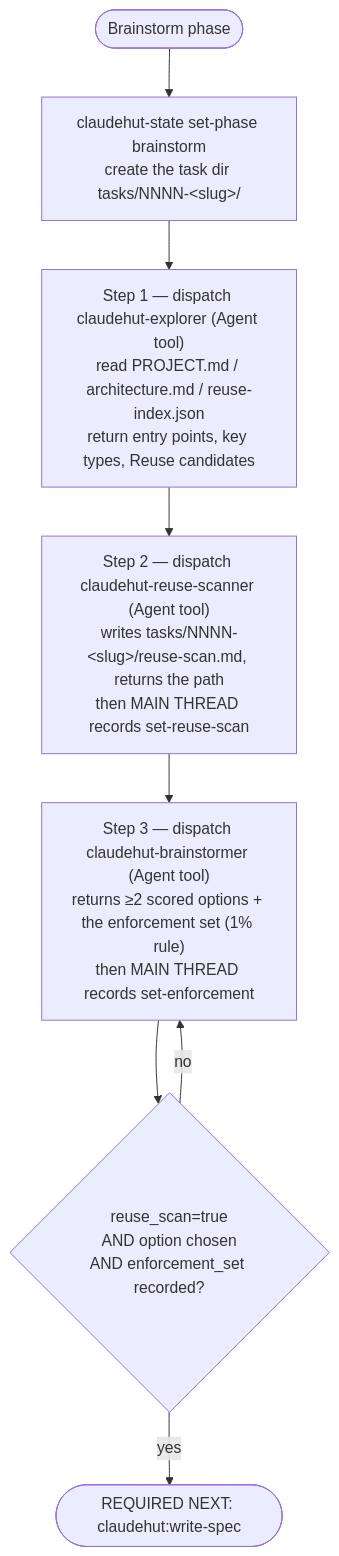
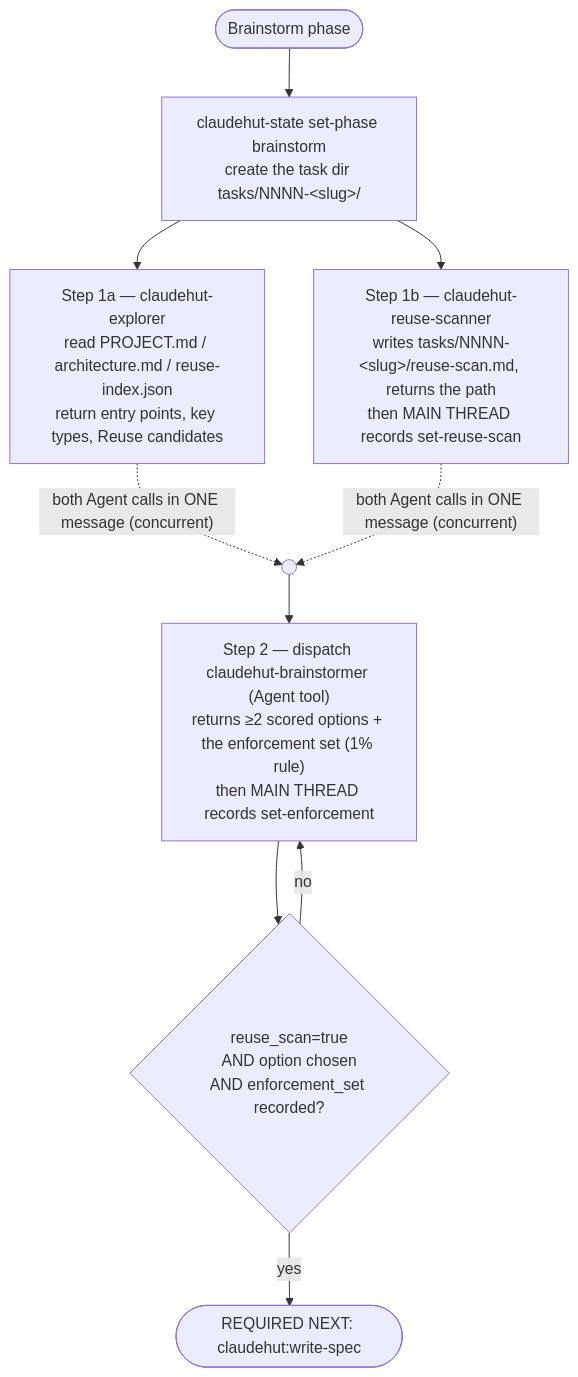
Before and after one commit to taipt1504/claudehut: the diagram in skills/brainstorm/SKILL.md, drawn with Mermaid. The commit also changed other lines of this file and 20 other files, not shown here.

````diff
--- a/skills/brainstorm/SKILL.md
+++ b/skills/brainstorm/SKILL.md
@@ -25,10 +27,11 @@
 ```mermaid
 flowchart TB
     start([Brainstorm phase]) --> ph["claudehut-state set-phase brainstorm<br/>create the task dir tasks/NNNN-&lt;slug&gt;/"]
-    ph --> explore["Step 1 — dispatch claudehut-explorer (Agent tool)<br/>read PROJECT.md / architecture.md / reuse-index.json<br/>return entry points, key types, Reuse candidates"]
-    explore --> reuse["Step 2 — dispatch claudehut-reuse-scanner (Agent tool)<br/>writes tasks/NNNN-&lt;slug&gt;/reuse-scan.md, returns the path<br/>then MAIN THREAD records set-reuse-scan"]
-    reuse --> opts["Step 3 — dispatch claudehut-brainstormer (Agent tool)<br/>returns ≥2 scored options + the enforcement set (1% rule)<br/>then MAIN THREAD records set-enforcement"]
+    ph --> explore["Step 1a — claudehut-explorer<br/>read PROJECT.md / architecture.md / reuse-index.json<br/>return entry points, key types, Reuse candidates"]
+    ph --> reuse["Step 1b — claudehut-reuse-scanner<br/>writes tasks/NNNN-&lt;slug&gt;/reuse-scan.md, returns the path<br/>then MAIN THREAD records set-reuse-scan"]
+    explore & reuse -. "both Agent calls in ONE message (concurrent)" .-> join(( ))
+    join --> opts["Step 2 — dispatch claudehut-brainstormer (Agent tool)<br/>returns ≥2 scored options + the enforcement set (1% rule)<br/>then MAIN THREAD records set-enforcement"]
     opts --> gate{"reuse_scan=true<br/>AND option chosen<br/>AND enforcement_set recorded?"}
     gate -- no --> opts
     gate -- yes --> done([REQUIRED NEXT: claudehut:write-spec])
 ```
````
